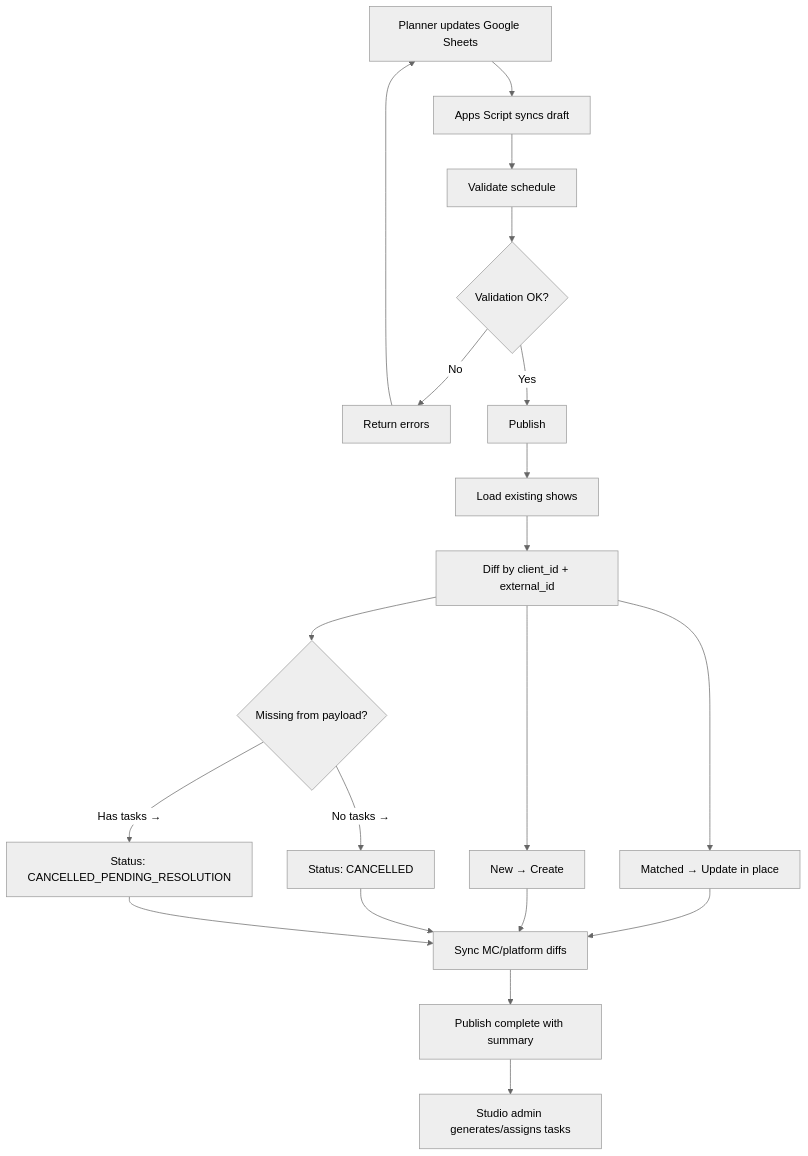
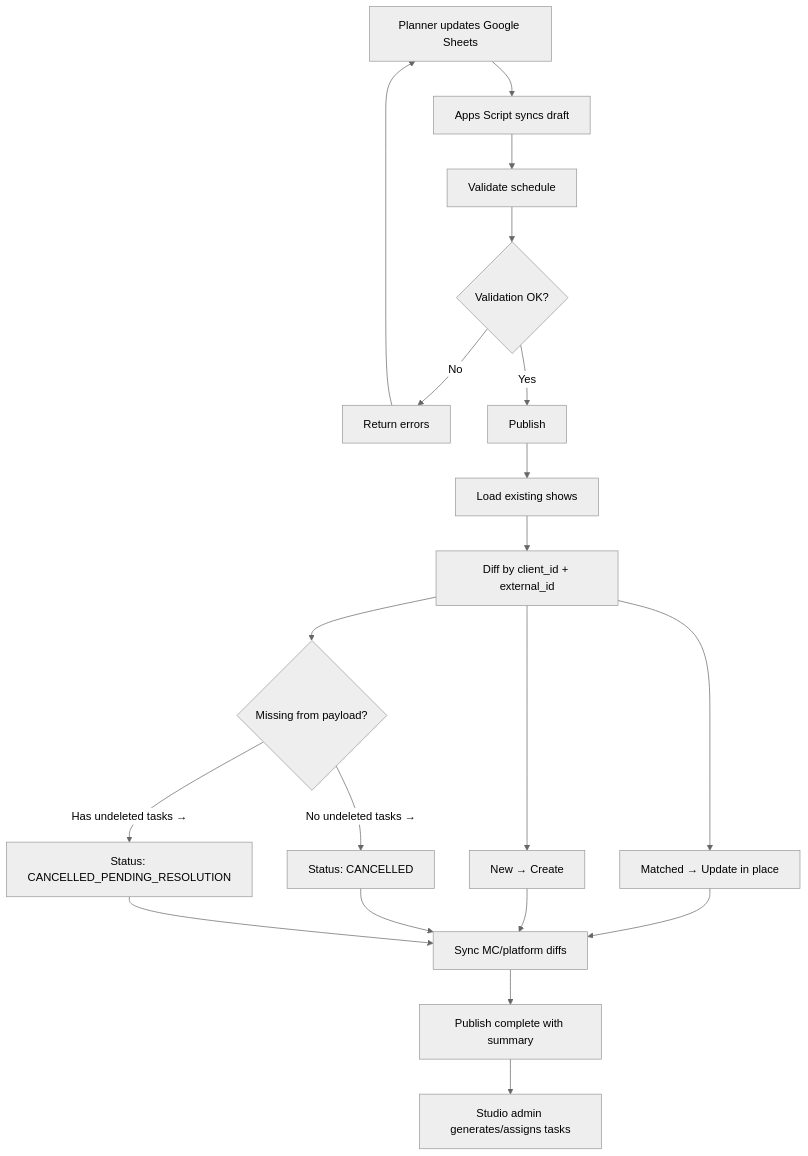
The first of 2 diagrams in apps/erify_api/docs/SCHEDULE_CONTINUITY.md (allenlin90/eridu-services), drawn with Mermaid (neutral theme) before and after one commit. The commit also changed other lines of this file and 71 other files, not shown here.

````diff
--- a/apps/erify_api/docs/SCHEDULE_CONTINUITY.md
+++ b/apps/erify_api/docs/SCHEDULE_CONTINUITY.md
@@ -9,21 +9,21 @@
 ```mermaid
 flowchart TD
     A[Planner updates Google Sheets] --> B[Apps Script syncs draft]
     B --> C[Validate schedule]
     C --> D{Validation OK?}
     D -- No --> E[Return errors]
     E --> A
     D -- Yes --> F[Publish]
     F --> G[Load existing shows]
     G --> H[Diff by client_id + external_id]
 
     H --> I[Matched → Update in place]
     H --> J[New → Create]
     H --> K{Missing from payload?}
-    K -- No tasks → --> L[Status: CANCELLED]
-    K -- Has tasks → --> M[Status: CANCELLED_PENDING_RESOLUTION]
+    K -- No undeleted tasks → --> L[Status: CANCELLED]
+    K -- Has undeleted tasks → --> M[Status: CANCELLED_PENDING_RESOLUTION]
 
     I & J & L & M --> N[Sync MC/platform diffs]
     N --> O[Publish complete with summary]
     O --> P[Studio admin generates/assigns tasks]
 ```
````
